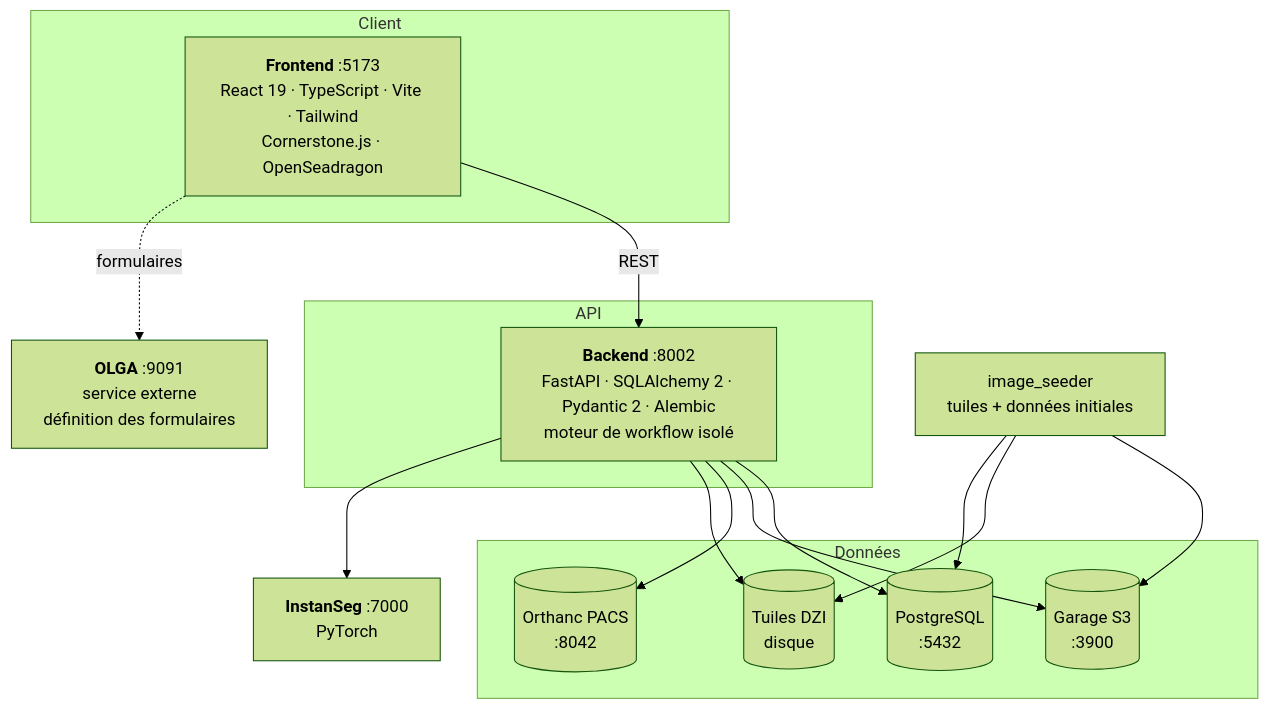
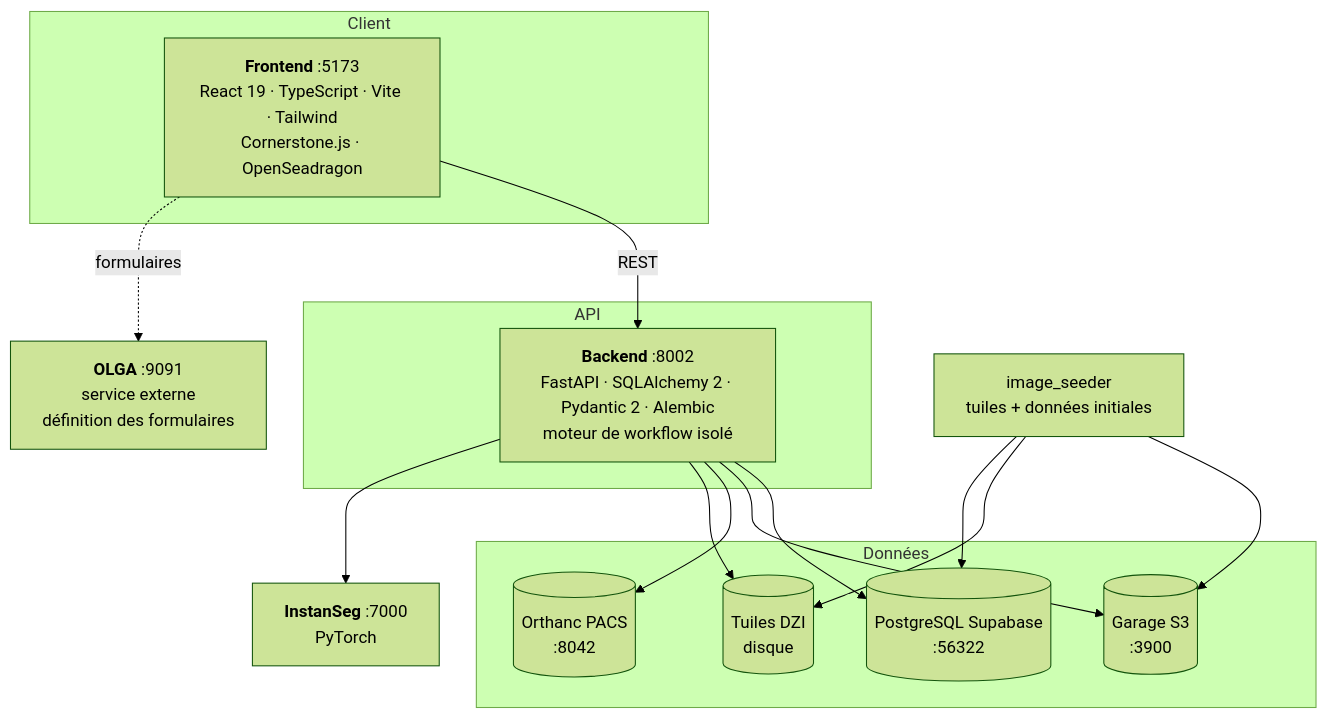
The second of 3 diagrams in README.md (NEXUS-AI-Innovation-lab/Chiron), drawn with Mermaid (forest theme) before and after one commit. The commit also changed other lines of this file and 15 other files, not shown here.

````diff
--- a/README.md
+++ b/README.md
@@ -263,32 +264,32 @@
 ```mermaid
 flowchart TB
     subgraph Client
         FE["<b>Frontend</b> :5173<br/>React 19 · TypeScript · Vite · Tailwind<br/>Cornerstone.js · OpenSeadragon"]
     end
 
     subgraph API
         BE["<b>Backend</b> :8002<br/>FastAPI · SQLAlchemy 2 · Pydantic 2 · Alembic<br/>moteur de workflow isolé"]
     end
 
     subgraph Données
-        PG[("PostgreSQL<br/>:5432")]
+        PG[("PostgreSQL Supabase<br/>:56322")]
         GARAGE[("Garage S3<br/>:3900")]
         ORTHANC[("Orthanc PACS<br/>:8042")]
         DZI[("Tuiles DZI<br/>disque")]
     end
 
     IA["<b>InstanSeg</b> :7000<br/>PyTorch"]
     OLGA["<b>OLGA</b> :9091<br/>service externe<br/>définition des formulaires"]
     SEED["image_seeder<br/>tuiles + données initiales"]
 
     FE -- REST --> BE
     FE -. formulaires .-> OLGA
     BE --> PG
     BE --> GARAGE
     BE --> ORTHANC
     BE --> DZI
     BE --> IA
     SEED --> GARAGE
     SEED --> DZI
     SEED --> PG
 ```
````
